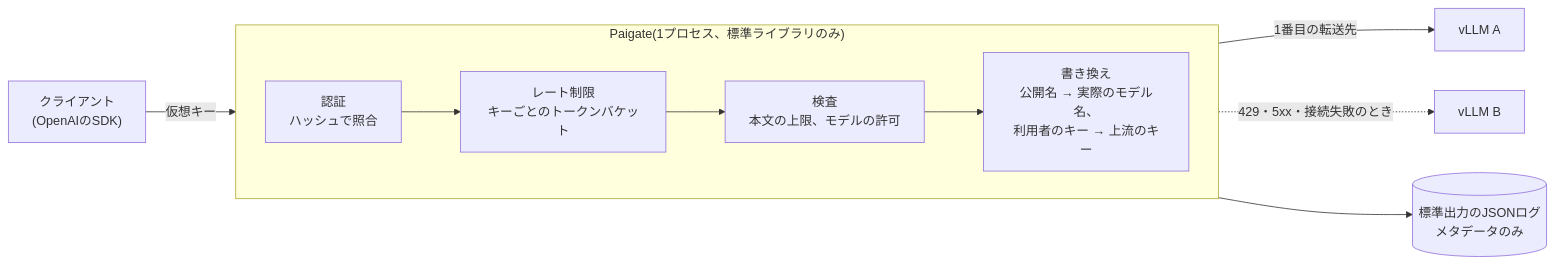
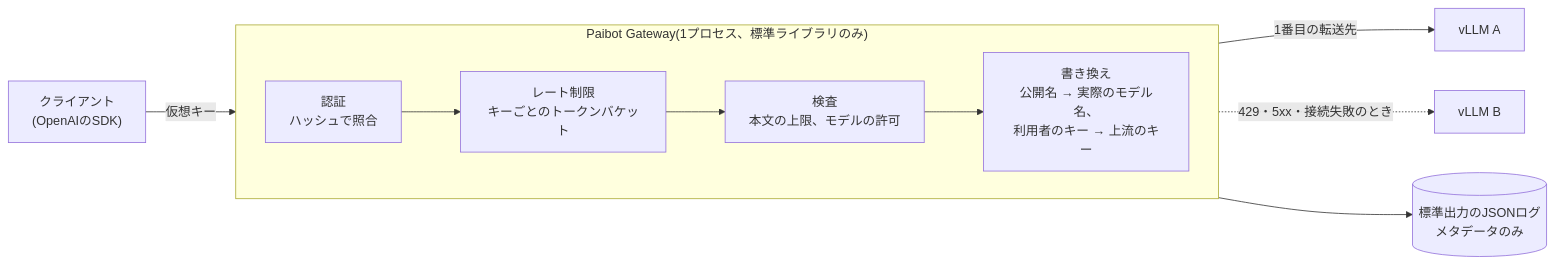
The diagram in README.ja.md (paibot-hq/paibot-gateway), drawn with Mermaid before and after one commit. The commit also changed other lines of this file and 25 other files, not shown here.

First line of the commit message:
Rename Paigate to Paibot Gateway

````diff
--- a/README.ja.md
+++ b/README.ja.md
@@ -192,15 +192,15 @@
 ```mermaid
 flowchart LR
   C["クライアント<br/>(OpenAIのSDK)"] -- "仮想キー" --> A
 
-  subgraph P["Paigate(1プロセス、標準ライブラリのみ)"]
+  subgraph P["Paibot Gateway(1プロセス、標準ライブラリのみ)"]
     direction LR
     A["認証<br/>ハッシュで照合"] --> R["レート制限<br/>キーごとのトークンバケット"]
     R --> V["検査<br/>本文の上限、モデルの許可"]
     V --> W["書き換え<br/>公開名 → 実際のモデル名、<br/>利用者のキー → 上流のキー"]
   end
 
   W -- "1番目の転送先" --> U1["vLLM A"]
   W -. "429・5xx・接続失敗のとき" .-> U2["vLLM B"]
   W --> L[("標準出力のJSONログ<br/>メタデータのみ")]
 ```
````
